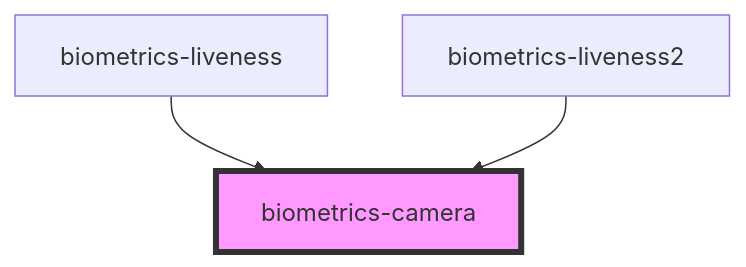
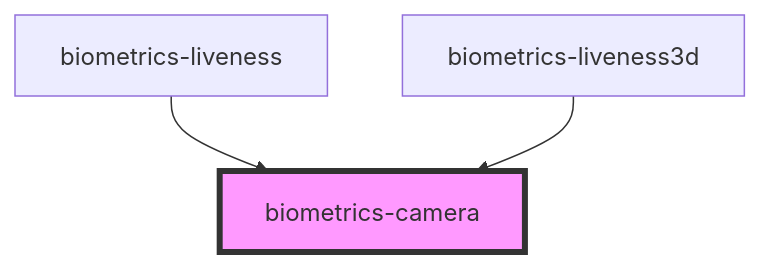
The diagram in src/components/camera/readme.md (luismanuelamengual/Biometrics-Components), drawn with Mermaid before and after one commit. The commit also changed other lines of this file and 16 other files, not shown here.

````diff
--- a/src/components/camera/readme.md
+++ b/src/components/camera/readme.md
@@ -79,6 +79,6 @@
 ```mermaid
 graph TD;
   biometrics-liveness --> biometrics-camera
-  biometrics-liveness2 --> biometrics-camera
+  biometrics-liveness3d --> biometrics-camera
   style biometrics-camera fill:#f9f,stroke:#333,stroke-width:4px
 ```
````
